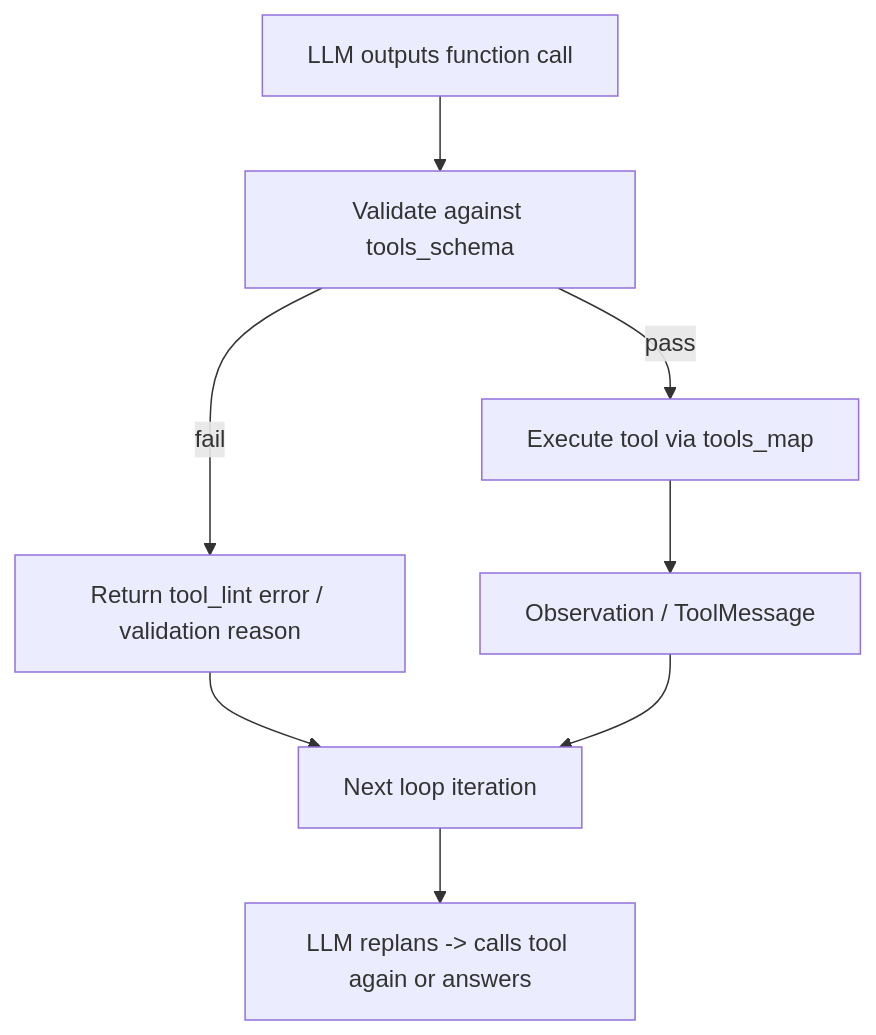
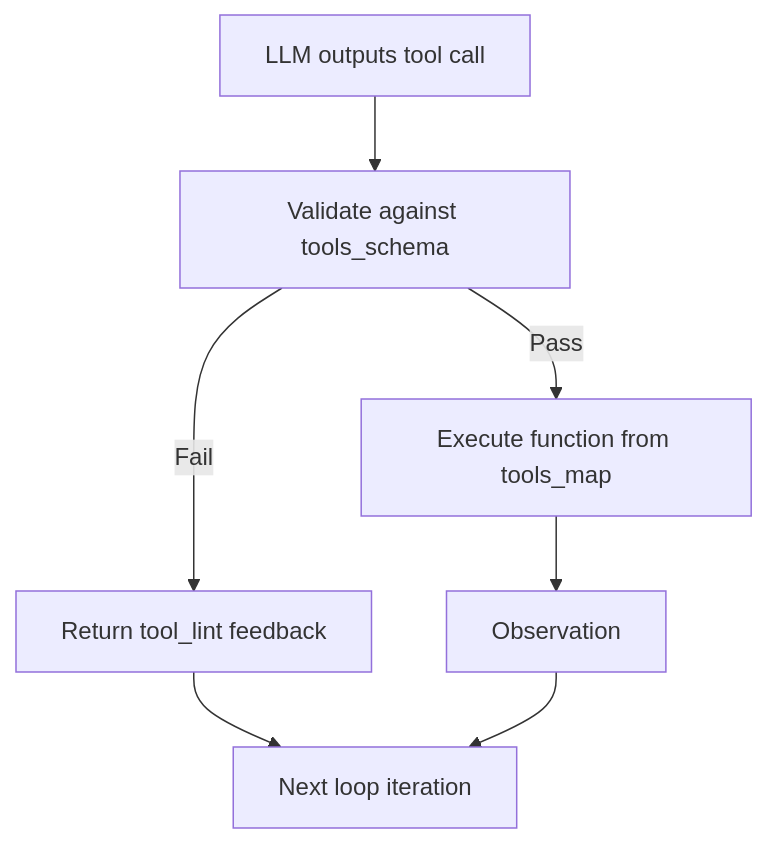
Before and after one commit to solution3tl/EverLoop: the third of 5 diagrams in README.md, drawn with Mermaid. The commit also changed other lines of this file, not shown here.

````diff
--- a/README.md
+++ b/README.md
@@ -222,10 +155,9 @@
 ```mermaid
 flowchart TD
-    A["LLM outputs function call"] --> B["Validate against tools_schema"]
-    B -->|pass| C["Execute tool via tools_map"]
-    B -->|fail| D["Return tool_lint error / validation reason"]
-    C --> E["Observation / ToolMessage"]
+    A["LLM outputs tool call"] --> B["Validate against tools_schema"]
+    B -->|Pass| C["Execute function from tools_map"]
+    B -->|Fail| D["Return tool_lint feedback"]
+    C --> E["Observation"]
     D --> F["Next loop iteration"]
     E --> F
-    F --> G["LLM replans -> calls tool again or answers"]
 ```
````
